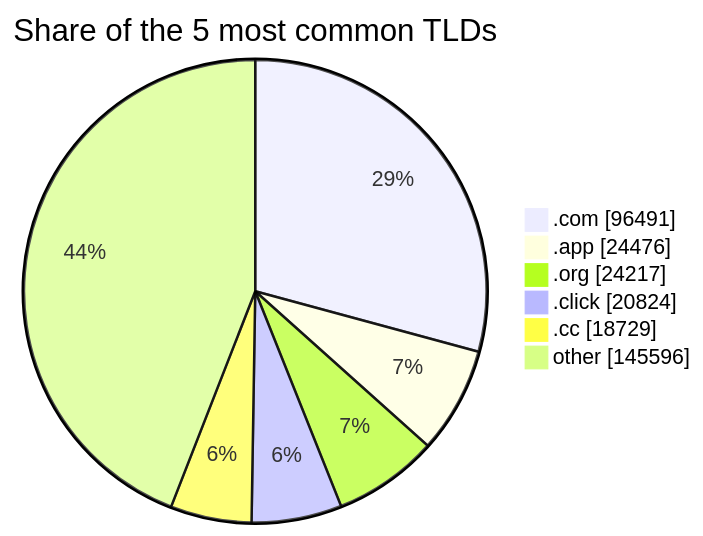
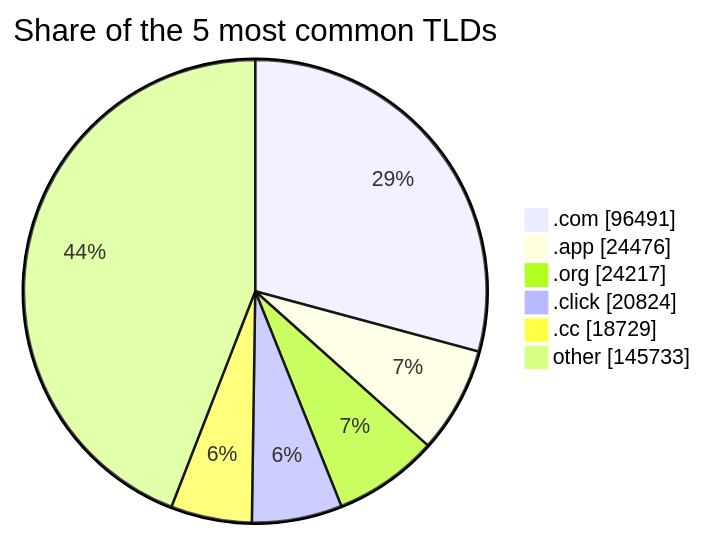
One commit to DNSBunker/CTI changed the third of 3 diagrams in README.md. Above: the diagram before and after it, drawn with Mermaid. The commit also changed other lines of this file and 4 other files, not shown here.

````diff
--- a/README.md
+++ b/README.md
@@ -81,9 +81,9 @@
 ```mermaid
 pie showData title Share of the 5 most common TLDs
     ".com" : 96491
     ".app" : 24476
     ".org" : 24217
     ".click" : 20824
     ".cc" : 18729
-    "other" : 145596
+    "other" : 145733
 ```
````
